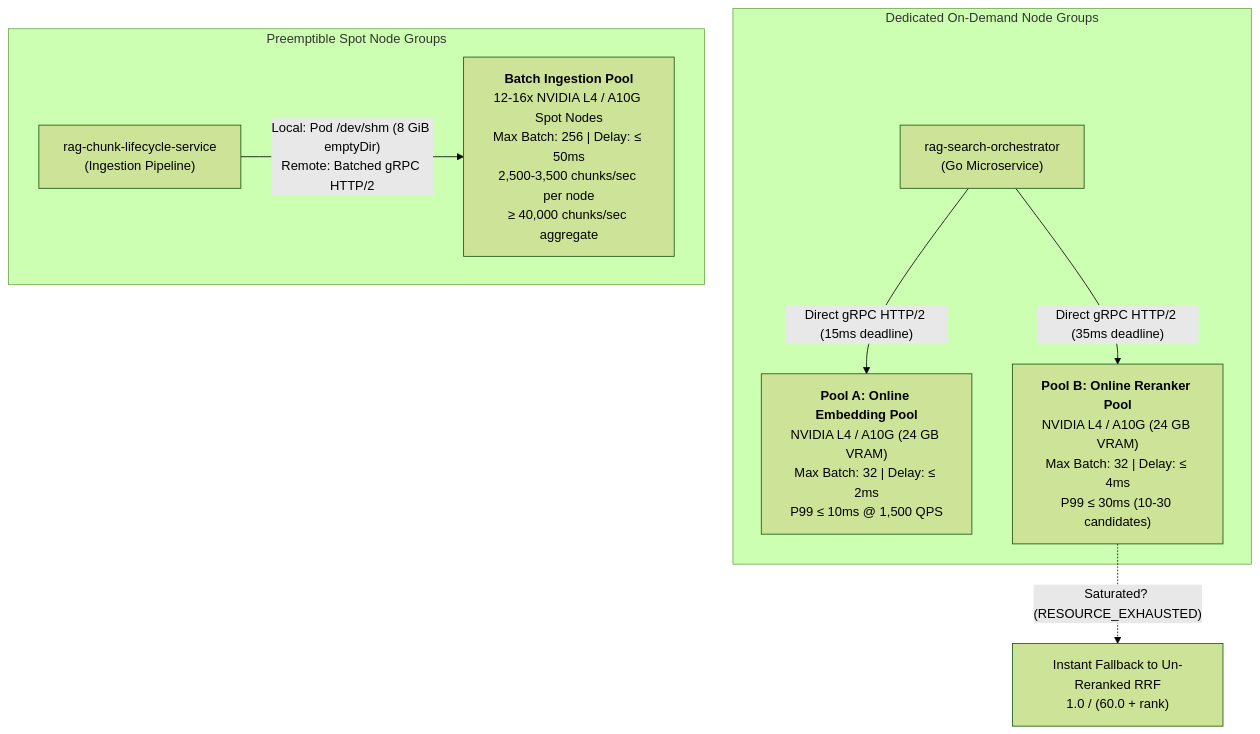
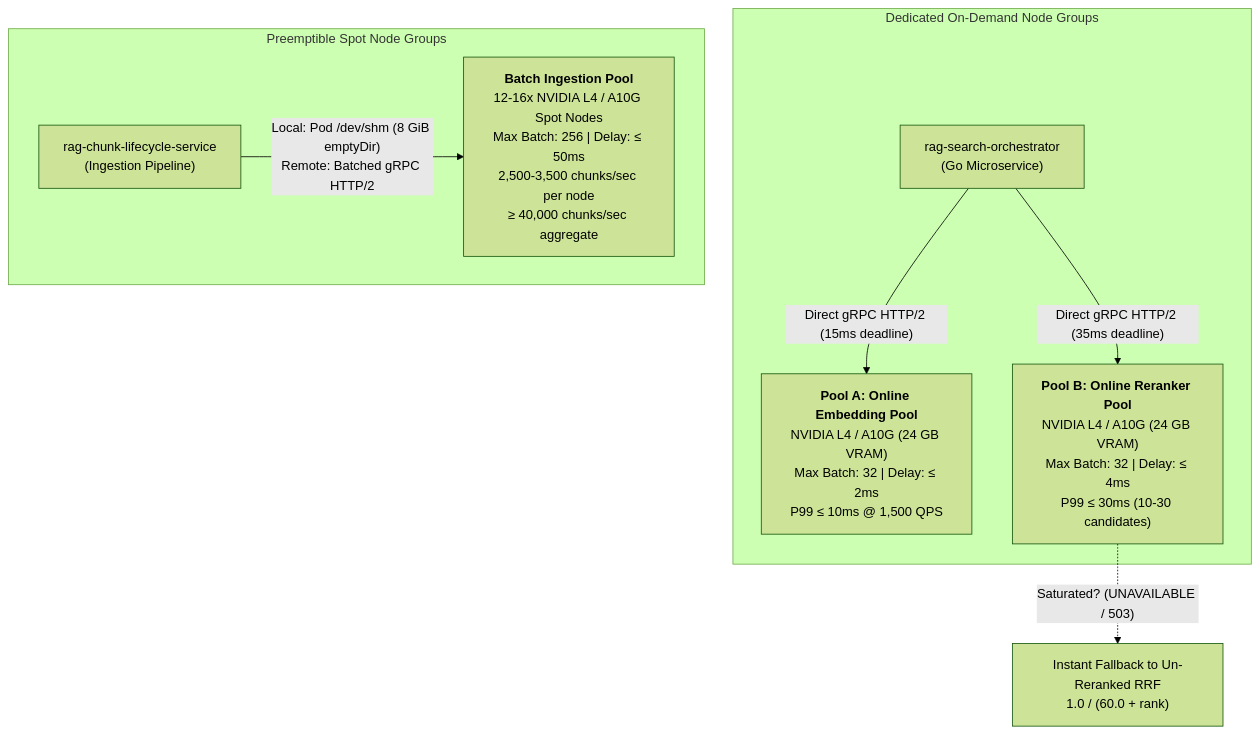
The first of 4 diagrams in Architecture.md (Gemejime/Embedding-Reranker-Pools), drawn with Mermaid (forest theme) before and after one commit. The commit also changed other lines of this file and 4 other files, not shown here.

````diff
--- a/Architecture.md
+++ b/Architecture.md
@@ -25,19 +25,19 @@
 ```mermaid
 graph TD
     subgraph Online Retrieval Plane [Dedicated On-Demand Node Groups]
         SearchOrch["rag-search-orchestrator<br/>(Go Microservice)"]
         PoolA["<b>Pool A: Online Embedding Pool</b><br/>NVIDIA L4 / A10G (24 GB VRAM)<br/>Max Batch: 32 | Delay: &le; 2ms<br/>P99 &le; 10ms @ 1,500 QPS"]
         PoolB["<b>Pool B: Online Reranker Pool</b><br/>NVIDIA L4 / A10G (24 GB VRAM)<br/>Max Batch: 32 | Delay: &le; 4ms<br/>P99 &le; 30ms (10-30 candidates)"]
     end
 
     subgraph Batch Ingestion Plane [Preemptible Spot Node Groups]
         LifecycleSvc["rag-chunk-lifecycle-service<br/>(Ingestion Pipeline)"]
         PoolC["<b>Batch Ingestion Pool</b><br/>12-16x NVIDIA L4 / A10G Spot Nodes<br/>Max Batch: 256 | Delay: &le; 50ms<br/>2,500-3,500 chunks/sec per node<br/>&ge; 40,000 chunks/sec aggregate"]
     end
 
     SearchOrch -->|"Direct gRPC HTTP/2 (15ms deadline)"| PoolA
     SearchOrch -->|"Direct gRPC HTTP/2 (35ms deadline)"| PoolB
     LifecycleSvc -->|"Local: Pod /dev/shm (8 GiB emptyDir)<br/>Remote: Batched gRPC HTTP/2"| PoolC
 
-    PoolB -.->|"Saturated? (RESOURCE_EXHAUSTED)"| RRFFallback["Instant Fallback to Un-Reranked RRF<br/>1.0 / (60.0 + rank)"]
+    PoolB -.->|"Saturated? (UNAVAILABLE / 503)"| RRFFallback["Instant Fallback to Un-Reranked RRF<br/>1.0 / (60.0 + rank)"]
 ```
````
